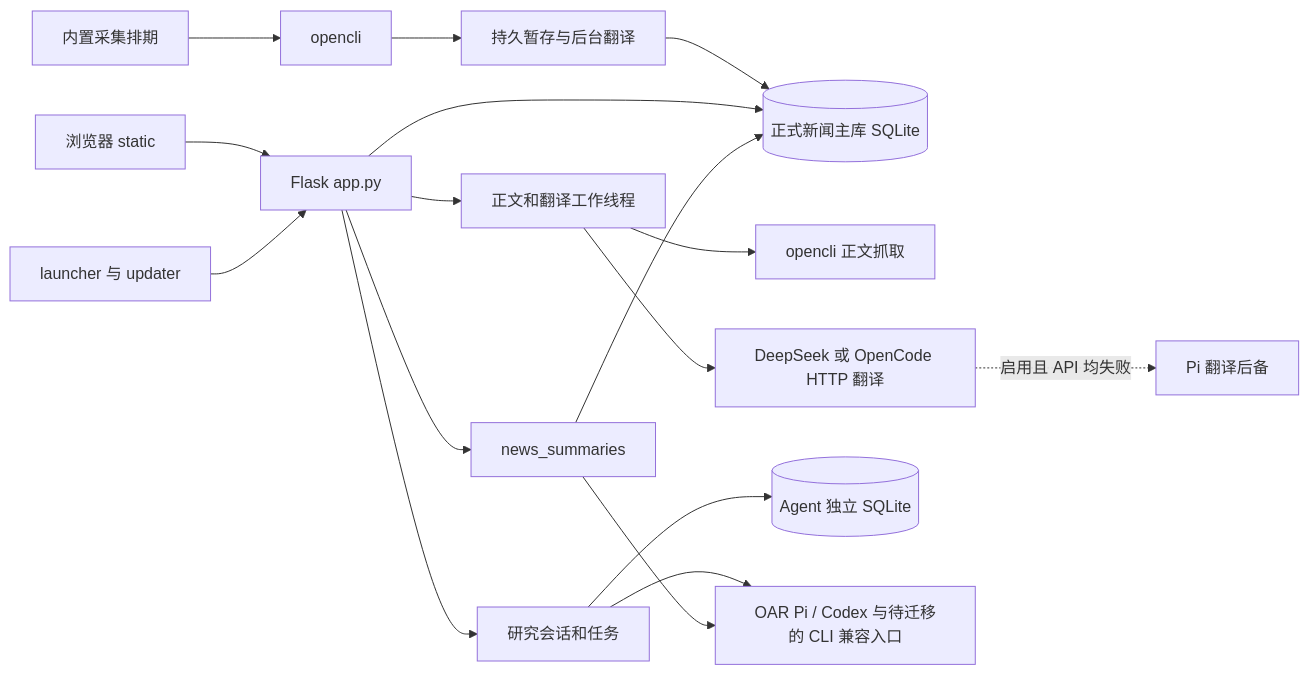
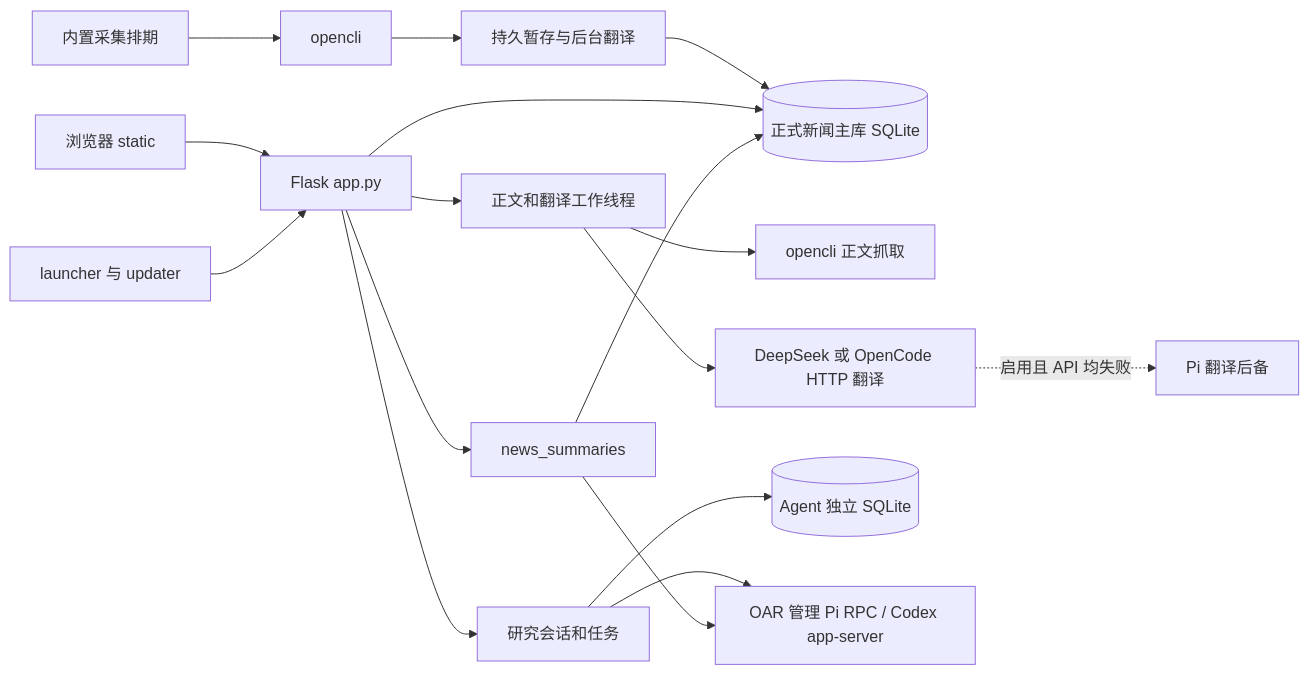
One commit to xusz12/NewsReader2 changed the diagram in docs/handoff/02-architecture.md. Above: the diagram before and after it, drawn with Mermaid. The commit also changed other lines of this file and 40 other files, not shown here.

````diff
--- a/docs/handoff/02-architecture.md
+++ b/docs/handoff/02-architecture.md
@@ -71,19 +71,19 @@
 ```mermaid
 flowchart LR
   C[内置采集排期] --> D[opencli]
   D --> S[持久暂存与后台翻译]
   S --> DB[(正式新闻主库 SQLite)]
   UI[浏览器 static] --> API[Flask app.py]
   API --> DB
   API --> W[正文和翻译工作线程]
   W --> CLI[opencli 正文抓取]
   W --> HTTP[DeepSeek 或 OpenCode HTTP 翻译]
   HTTP -. 启用且 API 均失败 .-> PI[Pi 翻译后备]
   API --> A[研究会话和任务]
   A --> ADB[(Agent 独立 SQLite)]
-  A --> R[OAR Pi / Codex 与待迁移的 CLI 兼容入口]
+  A --> R[OAR 管理 Pi RPC / Codex app-server]
   API --> NS[news_summaries]
   NS --> R
   NS --> DB
   L[launcher 与 updater] --> API
 ```
````
